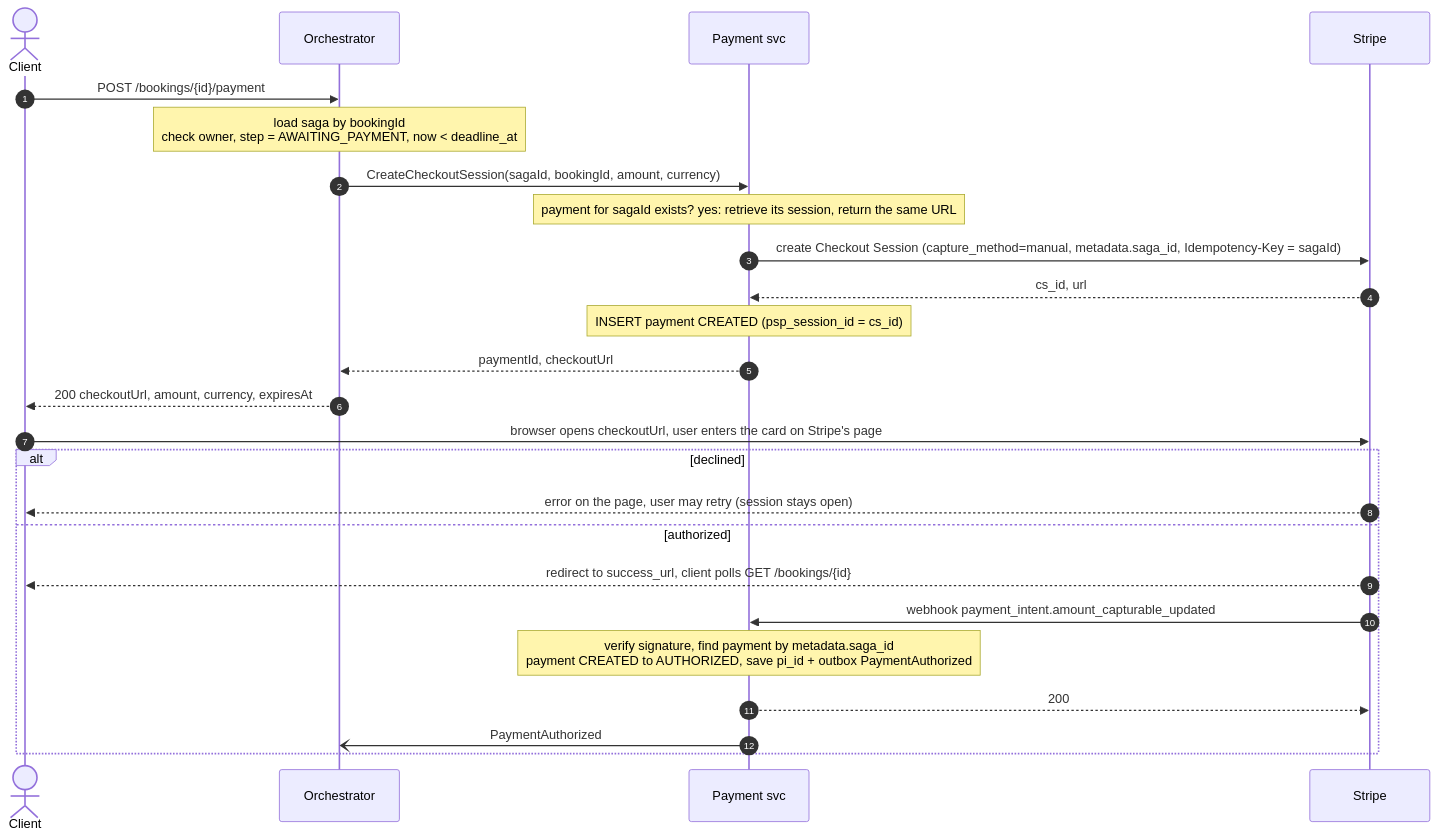
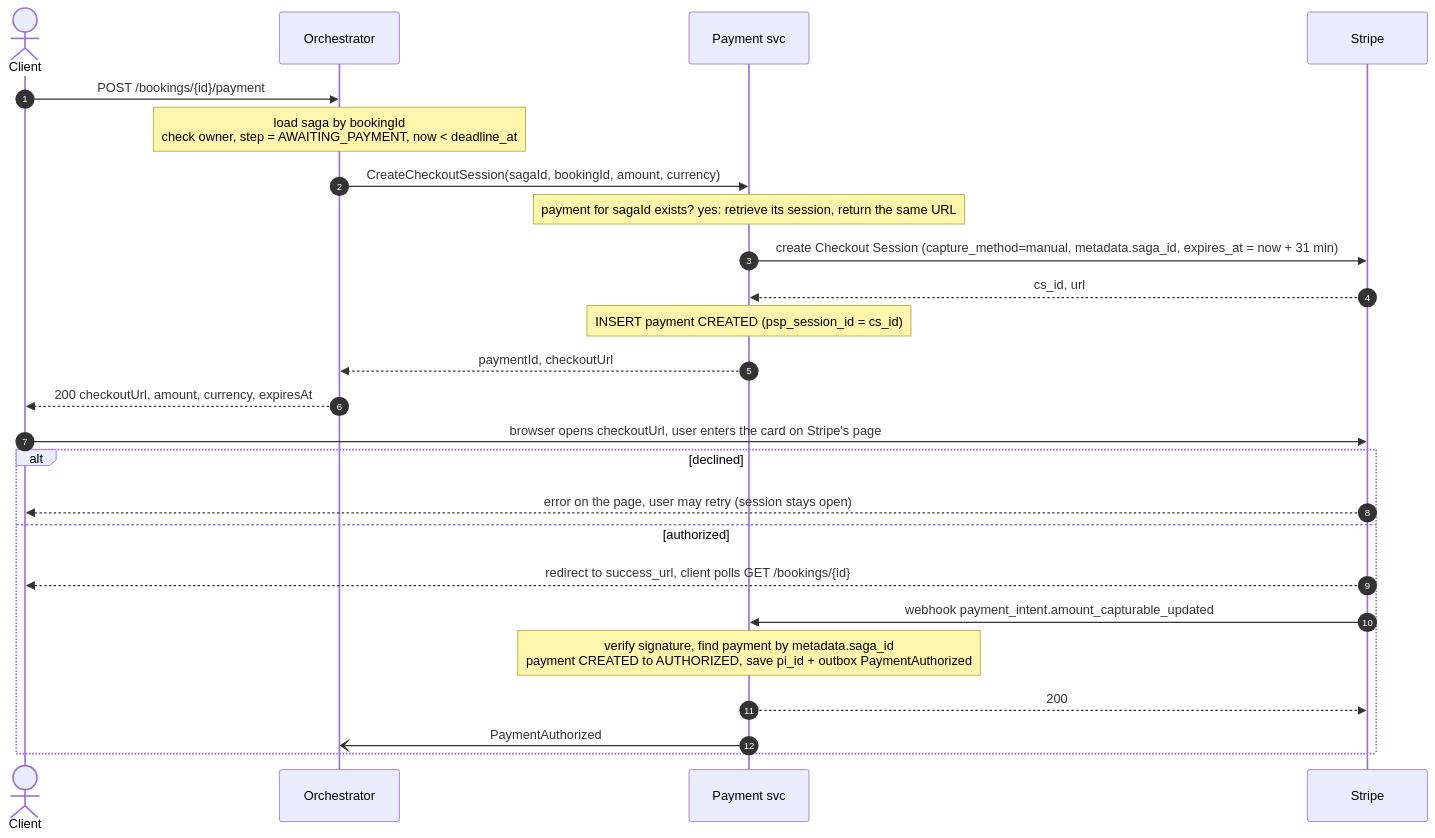
One commit to TranQuangPhong/hotel-booking-hexagon changed the second of 5 diagrams in doc/uc1-create-booking/flows.md. Above: the diagram before and after it, drawn with Mermaid. The commit also changed other lines of this file and 10 other files, not shown here.

````diff
--- a/doc/uc1-create-booking/flows.md
+++ b/doc/uc1-create-booking/flows.md
@@ -52,29 +54,29 @@
 ```mermaid
 sequenceDiagram
     autonumber
     actor C as Client
     participant O as Orchestrator
     participant P as Payment svc
     participant S as Stripe
 
     C->>O: POST /bookings/{id}/payment
     Note over O: load saga by bookingId<br/>check owner, step = AWAITING_PAYMENT, now < deadline_at
     O->>P: CreateCheckoutSession(sagaId, bookingId, amount, currency)
     Note over P: payment for sagaId exists? yes: retrieve its session, return the same URL
-    P->>S: create Checkout Session (capture_method=manual, metadata.saga_id, Idempotency-Key = sagaId)
+    P->>S: create Checkout Session (capture_method=manual, metadata.saga_id, expires_at = now + 31 min)
     S-->>P: cs_id, url
     Note over P: INSERT payment CREATED (psp_session_id = cs_id)
     P-->>O: paymentId, checkoutUrl
     O-->>C: 200 checkoutUrl, amount, currency, expiresAt
 
     C->>S: browser opens checkoutUrl, user enters the card on Stripe's page
     alt declined
         S-->>C: error on the page, user may retry (session stays open)
     else authorized
         S-->>C: redirect to success_url, client polls GET /bookings/{id}
         S->>P: webhook payment_intent.amount_capturable_updated
         Note over P: verify signature, find payment by metadata.saga_id<br/>payment CREATED to AUTHORIZED, save pi_id + outbox PaymentAuthorized
         P-->>S: 200
         P-)O: PaymentAuthorized
     end
 ```
````
